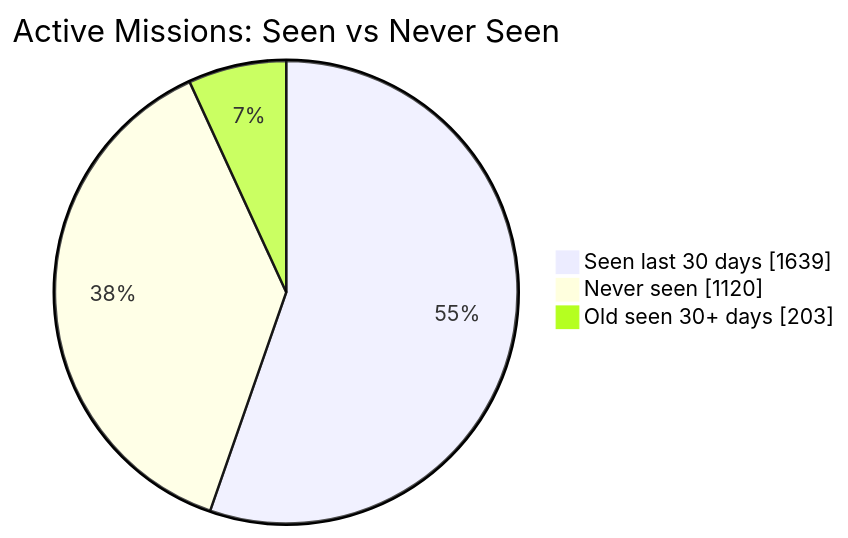
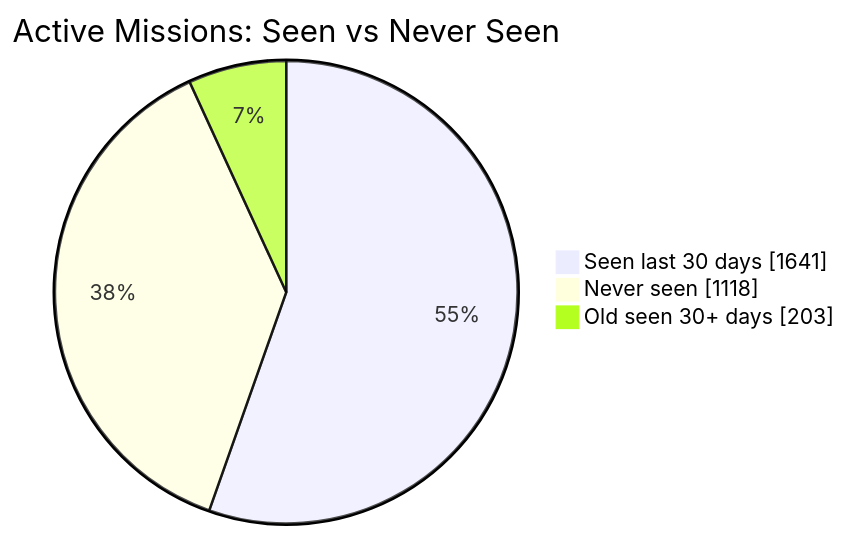
Before and after one commit to MeldkamerspelGameTeam/active-missions: the first of 2 diagrams in README.md, drawn with Mermaid. The commit also changed other lines of this file and 2 other files, not shown here.

````diff
--- a/README.md
+++ b/README.md
@@ -34,7 +34,7 @@
 ```mermaid
 pie showData
     title Active Missions: Seen vs Never Seen
-    "Seen last 30 days" : 1639
-    "Never seen" : 1120
+    "Seen last 30 days" : 1641
+    "Never seen" : 1118
     "Old seen 30+ days" : 203
 ```
````
